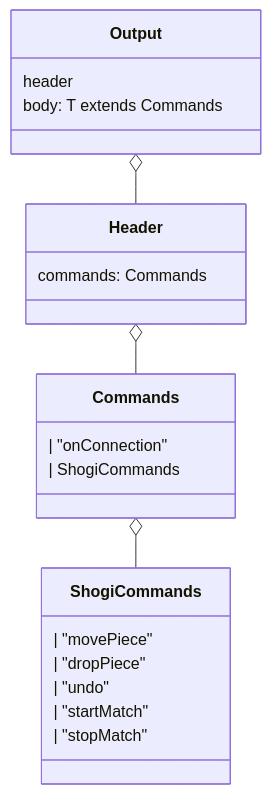
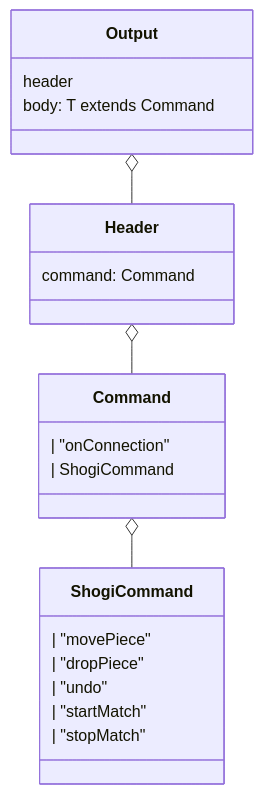
The second of 2 diagrams in packages/ws-messages/src/messageMapping.md (fujitashuichi/undo-shogi), drawn with Mermaid before and after one commit. The commit also changed other lines of this file and 7 other files, not shown here.

````diff
--- a/packages/ws-messages/src/messageMapping.md
+++ b/packages/ws-messages/src/messageMapping.md
@@ -36,33 +37,33 @@
 ```mermaid
 classDiagram
 
-class ShogiCommands{
+class ShogiCommand{
   | "movePiece"
   | "dropPiece"
   | "undo"
   | "startMatch"
   | "stopMatch"
 }
 
-class Commands{
+class Command{
   | "onConnection"
-  | ShogiCommands
+  | ShogiCommand
 }
 
-Commands o-- ShogiCommands
+Command o-- ShogiCommand
 
 
 class Header{
-  commands: Commands
+  command: Command
 }
 
-Header o-- Commands
+Header o-- Command
 
 
 class Output{
   header
-  body: T extends Commands
+  body: T extends Command
 }
 
 Output o-- Header
 ```
````
